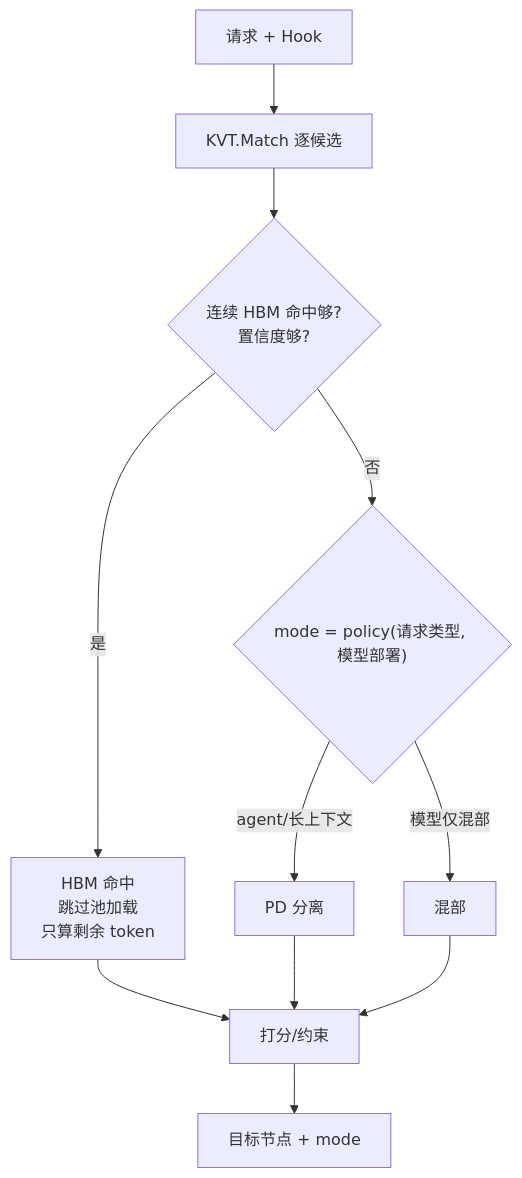
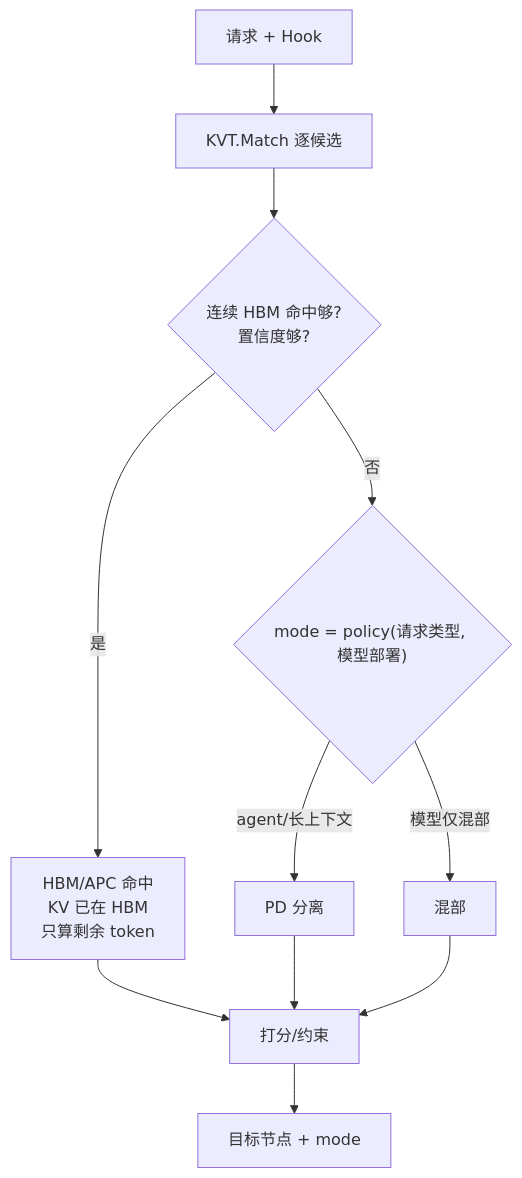
Before and after one commit to 5x8-40/lake: the fourth of 8 diagrams in kvcm/design/D8a-scheduling-algorithms.md, drawn with Mermaid. The commit also changed other lines of this file and 2 other files, not shown here.

First line of the commit message:
docs(kvcm): 修正 turnkey/三段公式/layerwise 残差/HBM 命中口径

````diff
--- a/kvcm/design/D8a-scheduling-algorithms.md
+++ b/kvcm/design/D8a-scheduling-algorithms.md
@@ -311,13 +311,13 @@
 ```mermaid
 flowchart TB
     S["请求 + Hook"] --> M["KVT.Match 逐候选"]
     M --> H{"连续 HBM 命中够?<br/>置信度够?"}
-    H -->|"是"| HB["HBM 命中<br/>跳过池加载<br/>只算剩余 token"]
+    H -->|"是"| HB["HBM/APC 命中<br/>KV 已在 HBM<br/>只算剩余 token"]
     H -->|"否"| P{"mode = policy(请求类型, 模型部署)"}
     P -->|"agent/长上下文"| PD["PD 分离"]
     P -->|"模型仅混部"| CO["混部"]
     HB --> SEL["打分/约束"]
     PD --> SEL
     CO --> SEL
     SEL --> D["目标节点 + mode"]
 ```
````
